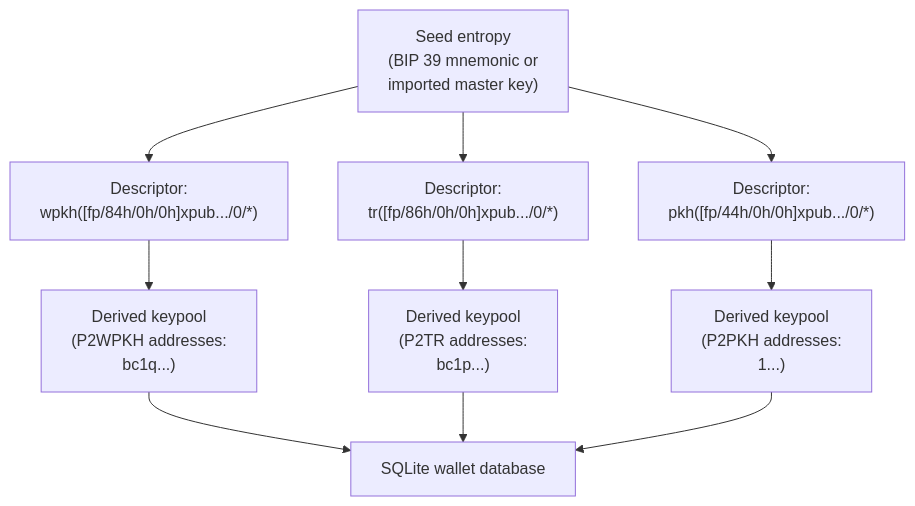
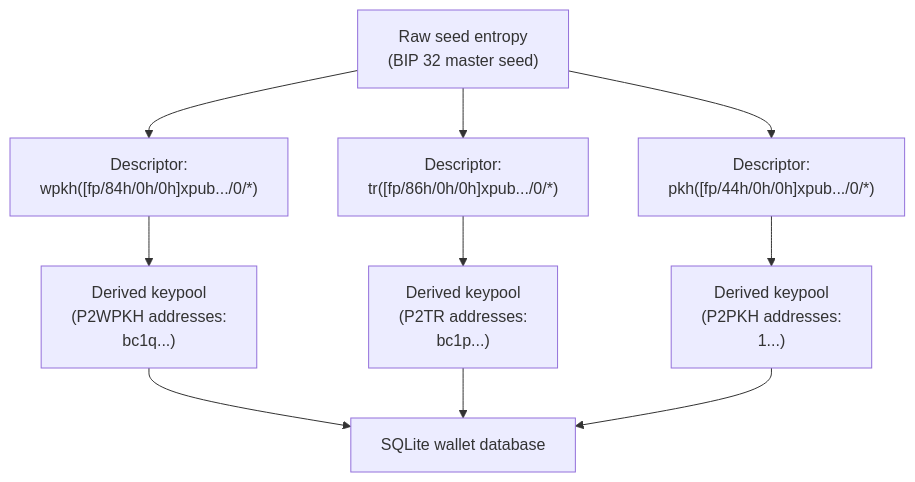
Before and after one commit to cypher256/BitcoinArchive: the second of 7 diagrams in src/data/entries/en/design/2009-01-03-bitcoin-wallet-design.md, drawn with Mermaid. The commit also changed other lines of this file and 3 other files, not shown here.

````diff
--- a/src/data/entries/en/design/2009-01-03-bitcoin-wallet-design.md
+++ b/src/data/entries/en/design/2009-01-03-bitcoin-wallet-design.md
@@ -100,14 +100,14 @@
 ```mermaid
 flowchart TB
-    SEED["Seed entropy\n(BIP 39 mnemonic or\nimported master key)"] --> DESC_WPKH["Descriptor:\nwpkh([fp/84h/0h/0h]xpub.../0/*)"]
+    SEED["Raw seed entropy\n(BIP 32 master seed)"] --> DESC_WPKH["Descriptor:\nwpkh([fp/84h/0h/0h]xpub.../0/*)"]
     SEED --> DESC_TR["Descriptor:\ntr([fp/86h/0h/0h]xpub.../0/*)"]
     SEED --> DESC_PKH["Descriptor:\npkh([fp/44h/0h/0h]xpub.../0/*)"]
 
     DESC_WPKH --> POOL_W["Derived keypool\n(P2WPKH addresses:\nbc1q...)"]
     DESC_TR --> POOL_T["Derived keypool\n(P2TR addresses:\nbc1p...)"]
     DESC_PKH --> POOL_P["Derived keypool\n(P2PKH addresses:\n1...)"]
 
     POOL_W --> DB["SQLite wallet database"]
     POOL_T --> DB
     POOL_P --> DB
 ```
````
